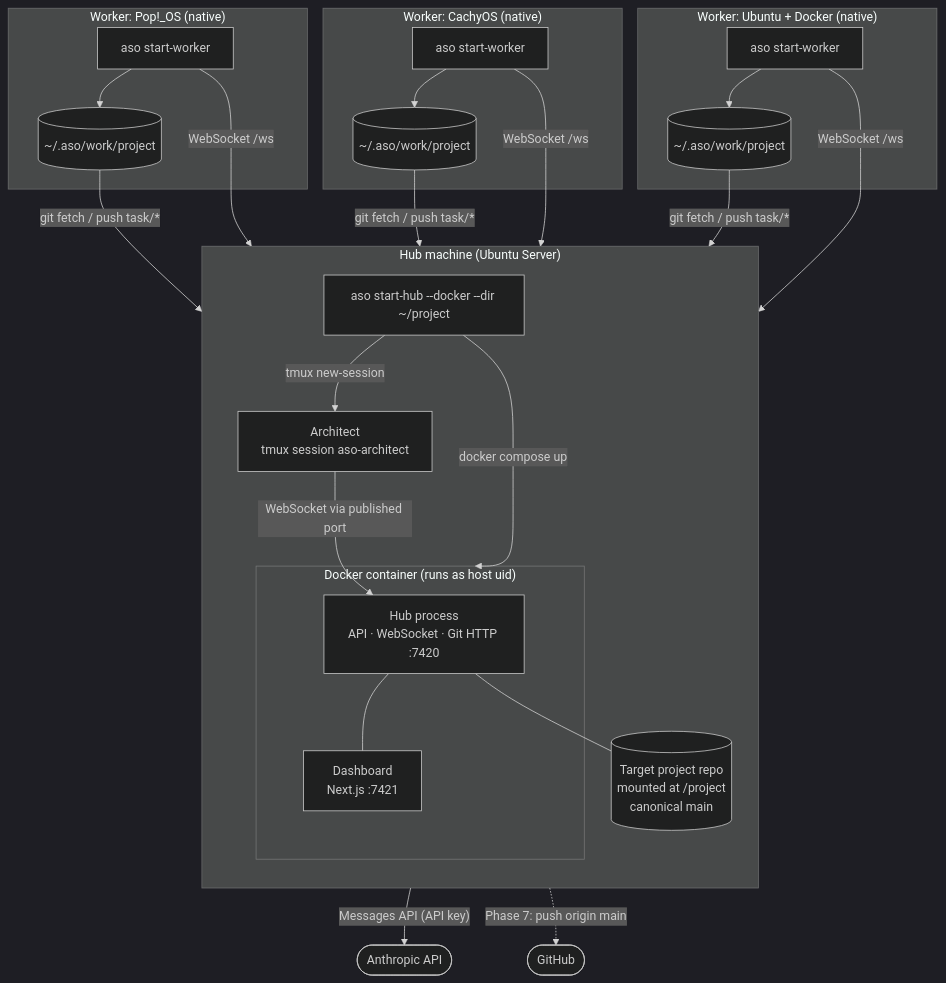
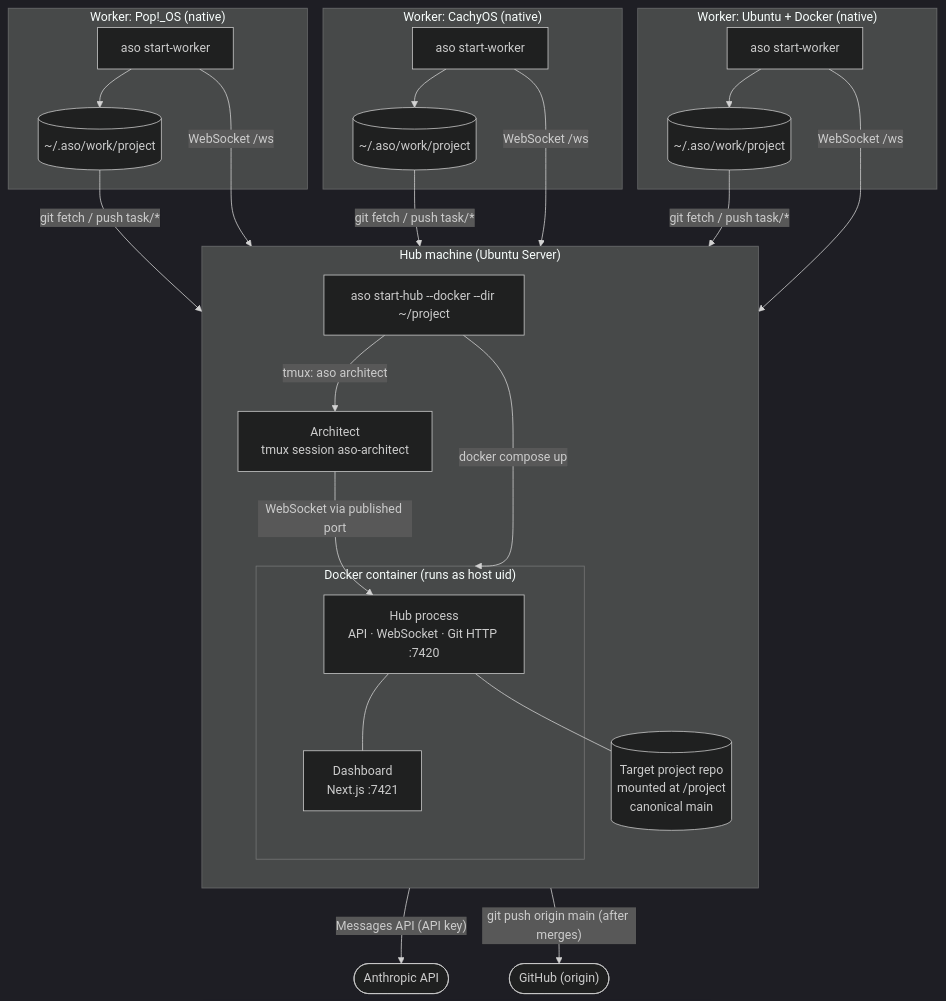
Before and after one commit to Sys64k/ai-swarm-orchestrator: the first of 15 diagrams in ARCHITECTURE.md, drawn with Mermaid (dark theme). The commit also changed other lines of this file and 45 other files, not shown here.

````diff
--- a/ARCHITECTURE.md
+++ b/ARCHITECTURE.md
@@ -38,37 +40,37 @@
 ```mermaid
 flowchart TB
   subgraph HUBM["Hub machine (Ubuntu Server)"]
     direction TB
     CLIH["aso start-hub --docker --dir ~/project"]
     subgraph CTR["Docker container (runs as host uid)"]
       HUB["Hub process<br/>API · WebSocket · Git HTTP :7420"]
       DASH["Dashboard<br/>Next.js :7421"]
       HUB --- DASH
     end
     ARCH["Architect<br/>tmux session aso-architect"]
     REPO[("Target project repo<br/>mounted at /project<br/>canonical main")]
     CLIH -- "docker compose up" --> CTR
-    CLIH -- "tmux new-session" --> ARCH
+    CLIH -- "tmux: aso architect" --> ARCH
     HUB --- REPO
     ARCH -- "WebSocket via published port" --> HUB
   end
 
   subgraph W1["Worker: Pop!_OS (native)"]
     WA["aso start-worker"] --> WA_CO[("~/.aso/work/project")]
   end
   subgraph W2["Worker: CachyOS (native)"]
     WB["aso start-worker"] --> WB_CO[("~/.aso/work/project")]
   end
   subgraph W3["Worker: Ubuntu + Docker (native)"]
     WC["aso start-worker"] --> WC_CO[("~/.aso/work/project")]
   end
 
   WA -- "WebSocket /ws" --> HUB
   WB -- "WebSocket /ws" --> HUB
   WC -- "WebSocket /ws" --> HUB
   WA_CO -- "git fetch / push task/*" --> HUB
   WB_CO -- "git fetch / push task/*" --> HUB
   WC_CO -- "git fetch / push task/*" --> HUB
   HUB -- "Messages API (API key)" --> EXT(["Anthropic API"])
-  REPO -. "Phase 7: push origin main" .-> GH(["GitHub"])
+  HUB -- "git push origin main (after merges)" --> GH(["GitHub (origin)"])
 ```
````
